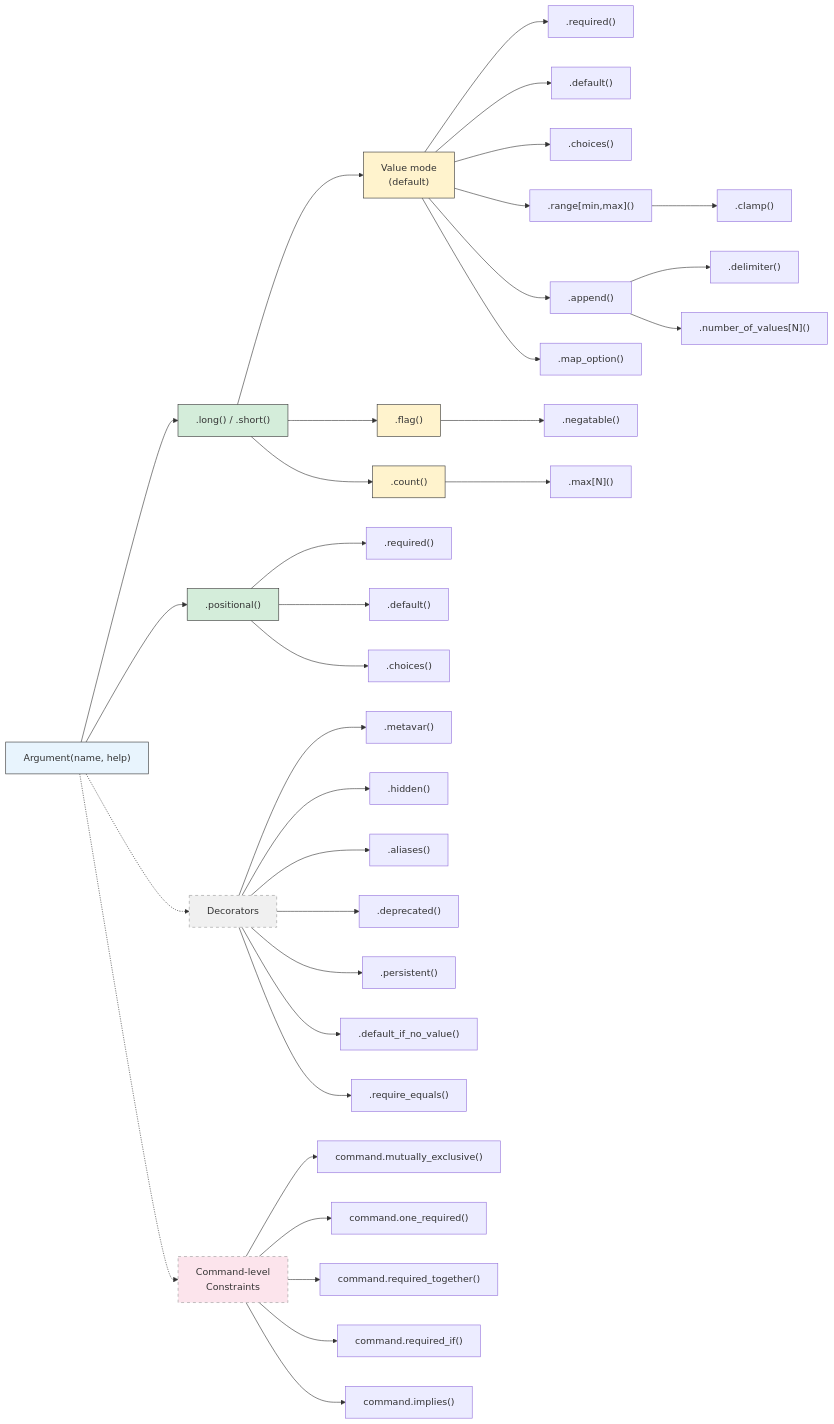
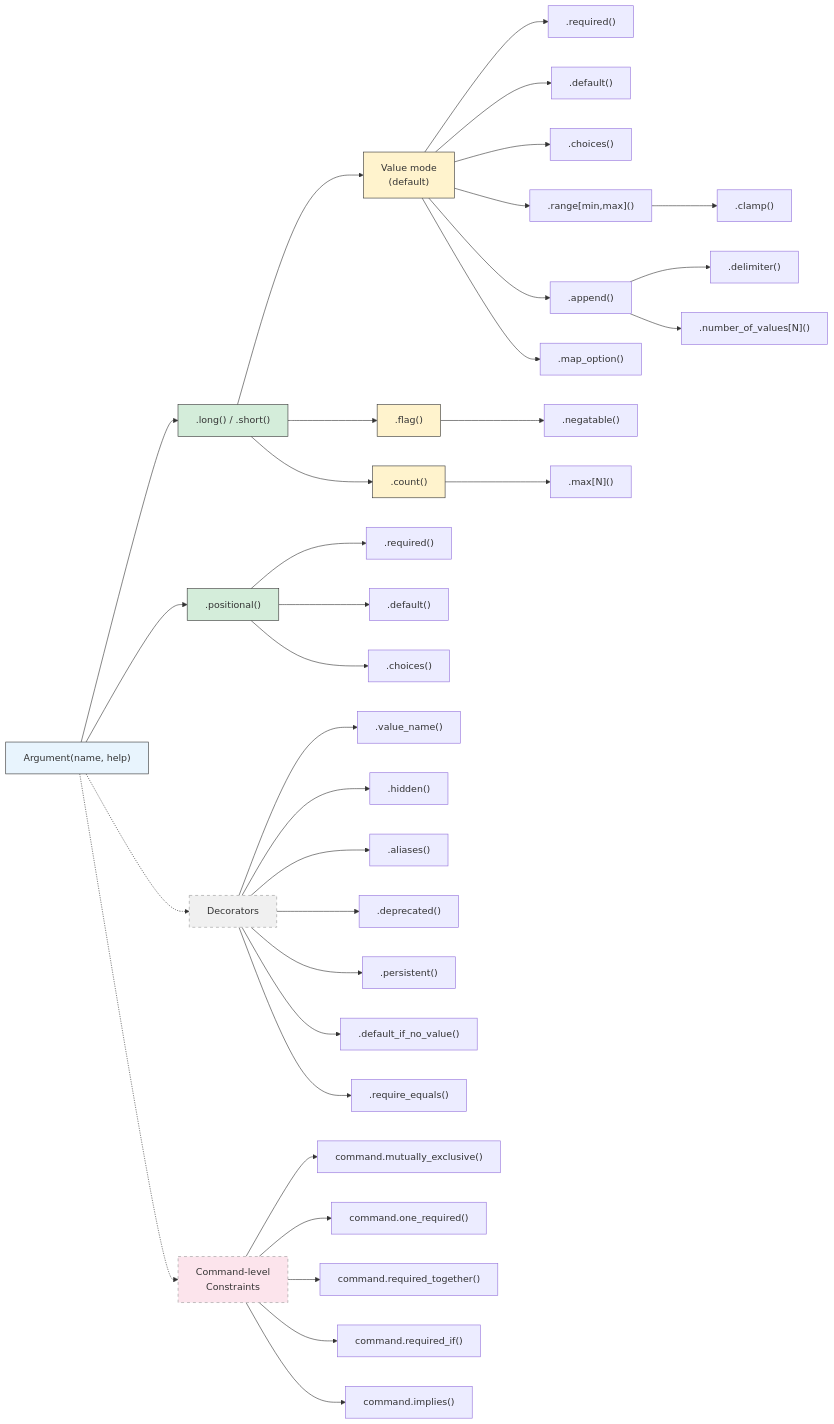
Before and after one commit to forfudan/argmojo: the diagram in docs/user_manual.md, drawn with Mermaid. The commit also changed other lines of this file and 13 other files, not shown here.

Commit message:
metavar -> value_name, add remainder, hyphen values, partial parsing

````diff
--- a/docs/user_manual.md
+++ b/docs/user_manual.md
@@ -1101,53 +1116,53 @@
 ```mermaid
 flowchart LR
     ARG["Argument(name, help)"]
 
     ARG --> NAMED[".long() / .short()"]
     ARG --> POS[".positional()"]
 
     NAMED --> VAL["Value mode\n(default)"]
     NAMED --> FLAG[".flag()"]
     NAMED --> COUNT[".count()"]
 
     VAL --> req1[".required()"]
     VAL --> def1[".default()"]
     VAL --> cho1[".choices()"]
     VAL --> rng[".range[min,max]()"]
     rng --> clp[".clamp()"]
     VAL --> app[".append()"]
     app --> delim[".delimiter()"]
     app --> nvals[".number_of_values[N]()"]
     VAL --> mapopt[".map_option()"]
 
     FLAG --> neg[".negatable()"]
     COUNT --> maxn[".max[N]()"]
 
     POS --> req2[".required()"]
     POS --> def2[".default()"]
     POS --> cho2[".choices()"]
 
     ARG -.-> DEC["Decorators"]
-    DEC --> meta[".metavar()"]
+    DEC --> meta[".value_name()"]
     DEC --> hid[".hidden()"]
     DEC --> ali[".aliases()"]
     DEC --> dep[".deprecated()"]
     DEC --> per[".persistent()"]
     DEC --> dinv[".default_if_no_value()"]
     DEC --> reqeq[".require_equals()"]
 
     ARG -.-> CMDCON["Command-level\nConstraints"]
     CMDCON --> mutex["command.mutually_exclusive()"]
     CMDCON --> onereq["command.one_required()"]
     CMDCON --> reqtog["command.required_together()"]
     CMDCON --> reqif["command.required_if()"]
     CMDCON --> imp["command.implies()"]
 
     style ARG fill:#e8f4fd,stroke:#333
     style NAMED fill:#d4edda,stroke:#333
     style POS fill:#d4edda,stroke:#333
     style FLAG fill:#fff3cd,stroke:#333
     style COUNT fill:#fff3cd,stroke:#333
     style VAL fill:#fff3cd,stroke:#333
     style DEC fill:#f0f0f0,stroke:#999,stroke-dasharray: 5 5
     style CMDCON fill:#fce4ec,stroke:#999,stroke-dasharray: 5 5
 ```
````
